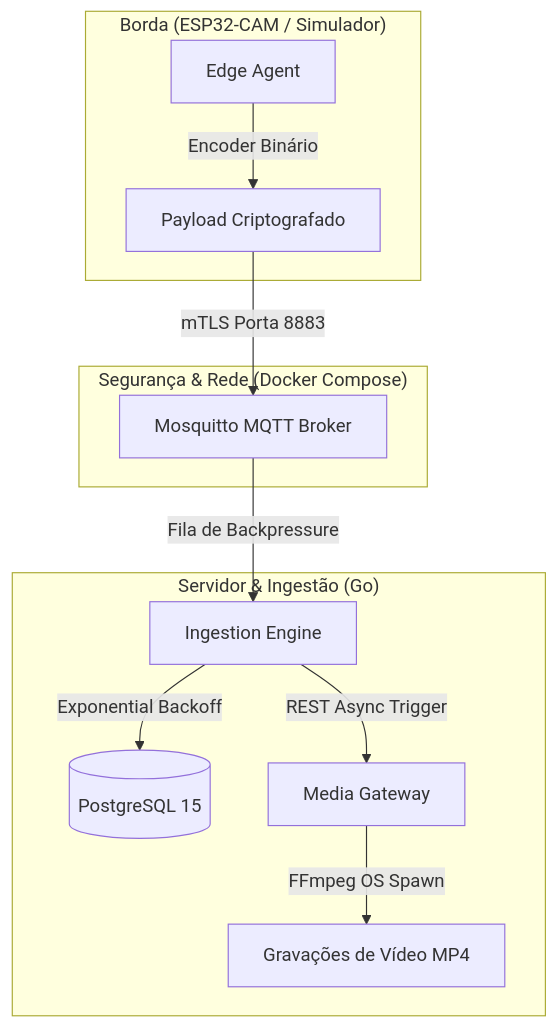
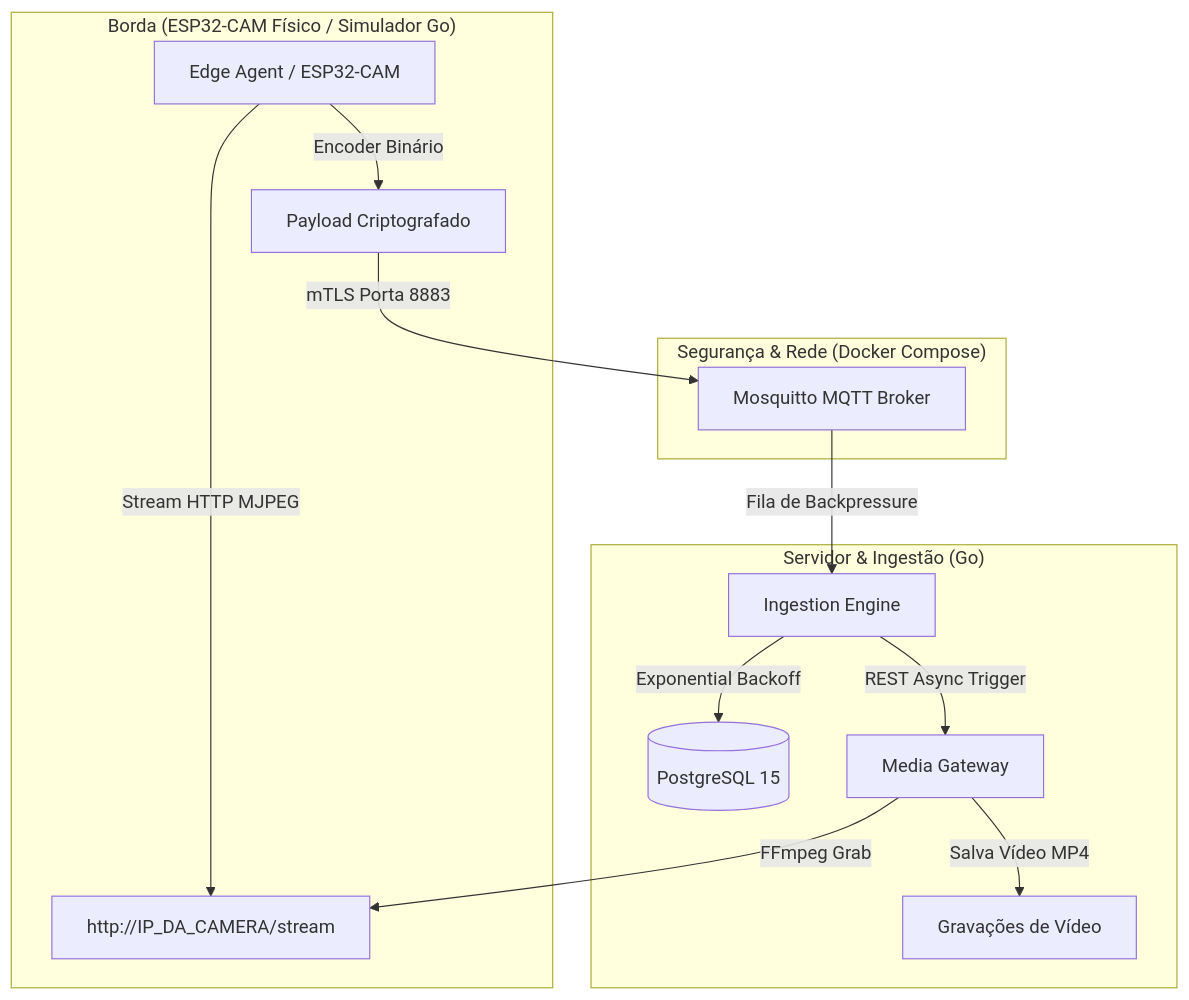
One commit to rphmauriciodev/SentinelNode changed the diagram in README.md. Above: the diagram before and after it, drawn with Mermaid. The commit also changed other lines of this file and 4 other files, not shown here.

Commit message:
feat: implement ESP32-CAM firmware with mTLS MQTT communication and video streaming capabilities

````diff
--- a/README.md
+++ b/README.md
@@ -9,17 +15,19 @@
 ```mermaid
 graph TD
-    subgraph Edge ["Borda (ESP32-CAM / Simulador)"]
-        Agent[Edge Agent] -->|Encoder Binário| BinData[Payload Criptografado]
+    subgraph Edge ["Borda (ESP32-CAM Físico / Simulador Go)"]
+        Agent[Edge Agent / ESP32-CAM] -->|Encoder Binário| BinData[Payload Criptografado]
+        Agent -->|Stream HTTP MJPEG| VideoStream[http://IP_DA_CAMERA/stream]
     end
 
     subgraph Infra ["Segurança & Rede (Docker Compose)"]
         BinData -->|mTLS Porta 8883| Broker[Mosquitto MQTT Broker]
     end
 
     subgraph Backend ["Servidor & Ingestão (Go)"]
         Broker -->|Fila de Backpressure| Engine[Ingestion Engine]
         Engine -->|Exponential Backoff| DB[(PostgreSQL 15)]
         Engine -->|REST Async Trigger| Gateway[Media Gateway]
-        Gateway -->|FFmpeg OS Spawn| Videos[Gravações de Vídeo MP4]
+        Gateway -->|FFmpeg Grab| VideoStream
+        Gateway -->|Salva Vídeo MP4| Videos[Gravações de Vídeo]
     end
 ```
````
